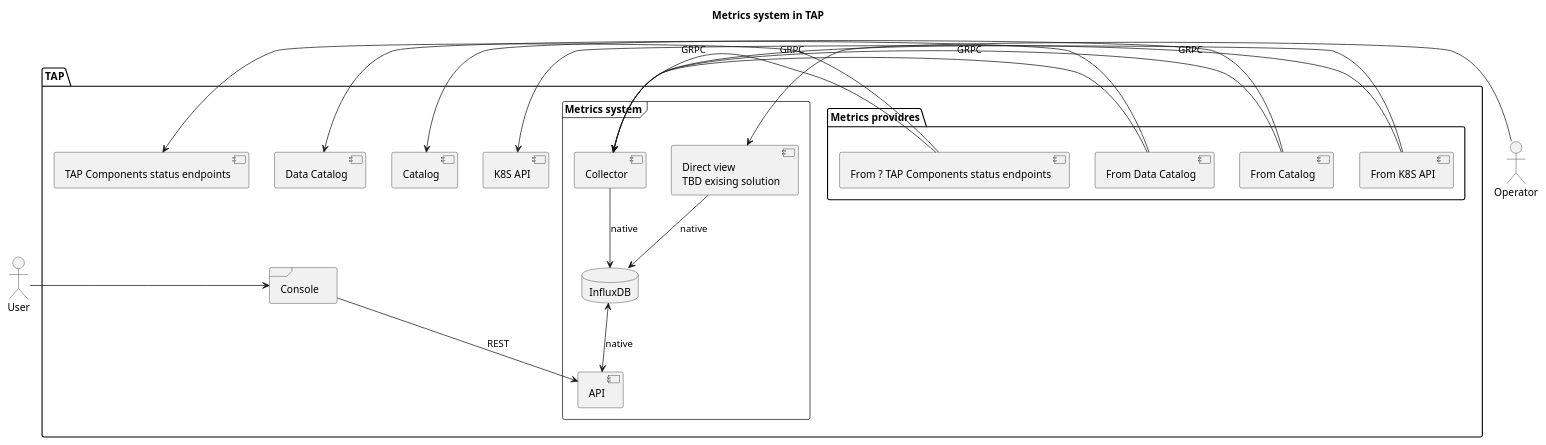
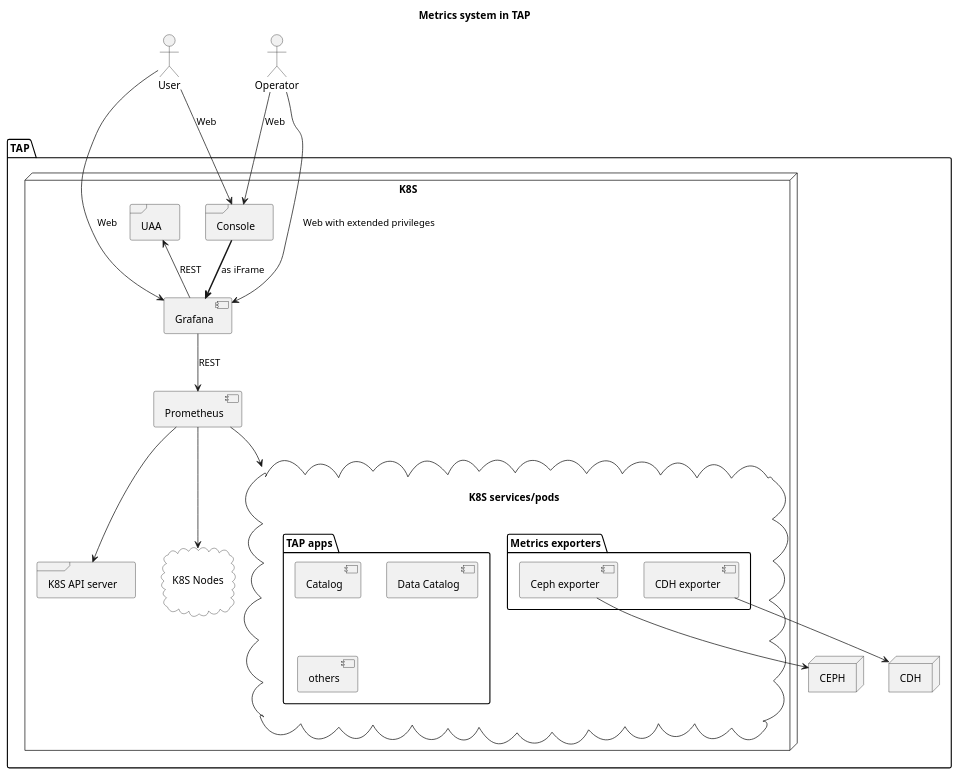
The diagram in docs/arch.pu (trustedanalytics-ng/tap-metrics), drawn with PlantUML before and after one commit. The commit also changed 2 other files, not shown here.

```diff
--- a/docs/arch.pu
+++ b/docs/arch.pu
@@ -1,57 +1,71 @@
 @startuml
 
 title Metrics system in TAP
 
 actor User as user
 actor Operator as operator
 
+
 package TAP {
 
-    frame "Console" as console {
-
+    Node CDH {
     }
 
-    frame "Metrics system" {
-
-        [API] as api
-        [Collector] as collector
-        database InfluxDB as db
-        [Direct view\nTBD exising solution] as dview
+    Node CEPH {
     }
 
-    folder "Metrics providres" {
+    Node K8S {
 
-        [From K8S API] as k8s
-        [From Catalog] as catalog
-        [From Data Catalog] as dcatalog
-        [From ? TAP Components status endpoints] as tcomponents
+        frame "K8S API server" as k8sapi {
+        }
+
+        frame "Console" as console {
+        }
+
+        frame UAA {
+        }
+
+        [Grafana] as grafana
+        [Prometheus] as prometheus
+
+
+        cloud "\nK8S Nodes\n" as knodes{
+            skinparam cloudBackgroundColor white
+        }
+
+        cloud "\nK8S services/pods\n" as kservices {
+            folder "Metrics exporters" as ME {
+
+                [Ceph exporter] as CephE
+                [CDH exporter] as CDHE
+            }
+
+            folder "TAP apps" {
+                [Catalog] as tapcatalog
+                [Data Catalog] as tapdcatalog
+                [others]
+            }
+        }
     }
 
-    [K8S API] as tapk8s
-    [Catalog] as tapcatalog
-    [Data Catalog] as tapdcatalog
-    [TAP Components status endpoints] as taptcomponents
+    CDH     <-u-     CDHE
+    CEPH    <-u-     CephE
+
 }
 
-user        -r->     console
-operator    -r->     dview
+console     ==>     grafana     :   as iFrame
 
-console     -->     api         :   REST
-dview       -->     db          :   native
+UAA         <--     grafana     :   REST
+grafana     -->     prometheus  :   REST
 
-db          <-->    api         :   native
-collector   -->     db          :   native
+prometheus  -->     k8sapi
+prometheus  -->     knodes
+prometheus  -->     kservices
 
-
-k8s         -l->     collector       :   GRPC
-catalog     -l->     collector       :   GRPC
-dcatalog    -l->     collector       :   GRPC
-tcomponents -l->     collector       :   GRPC
-
-k8s         -r->     tapk8s
-catalog     -r->     tapcatalog
-dcatalog    -r->     tapdcatalog
-tcomponents -r->     taptcomponents
+user        -->     console     :   Web
+user        -->     grafana     :   Web
+operator    -->     console     :   Web
+operator    -->     grafana     :   Web with extended privileges
 
 
 @enduml
```
